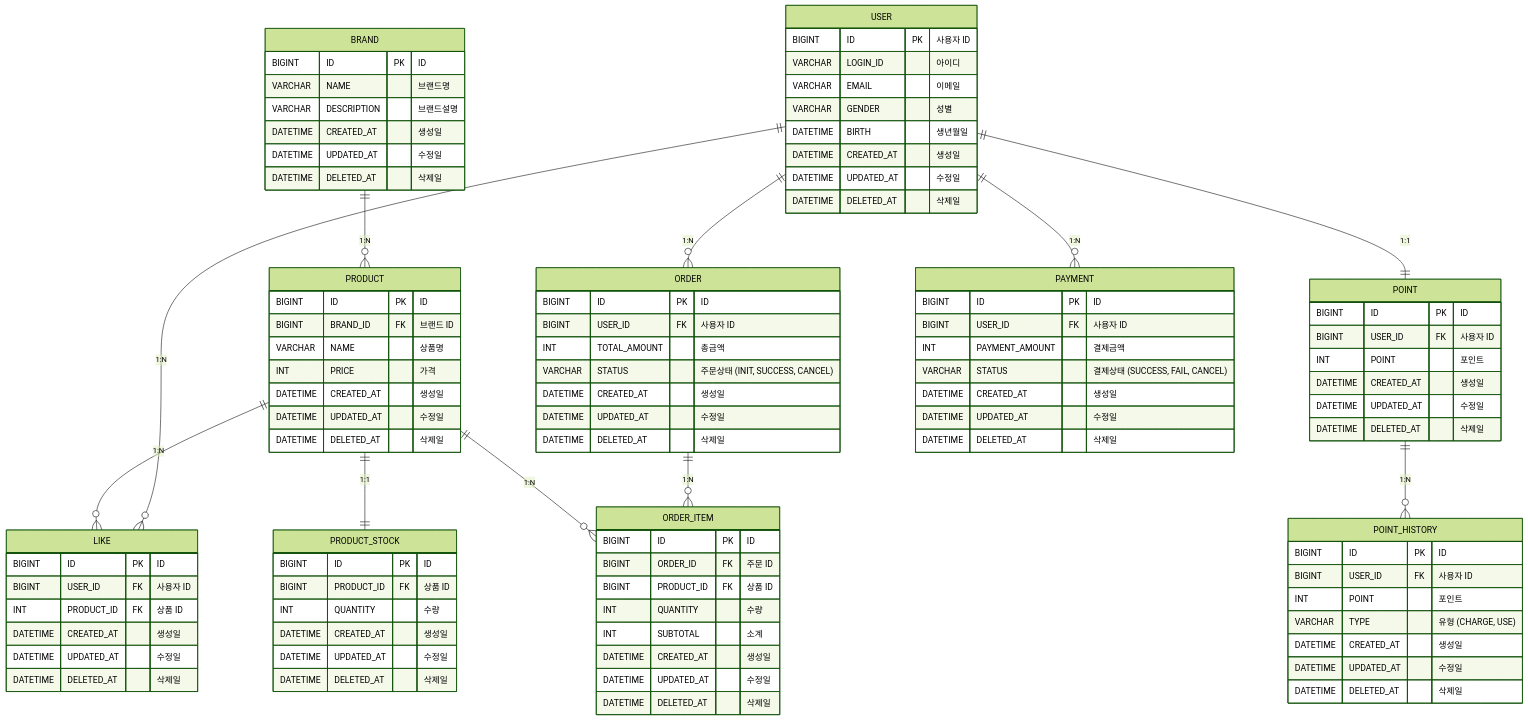
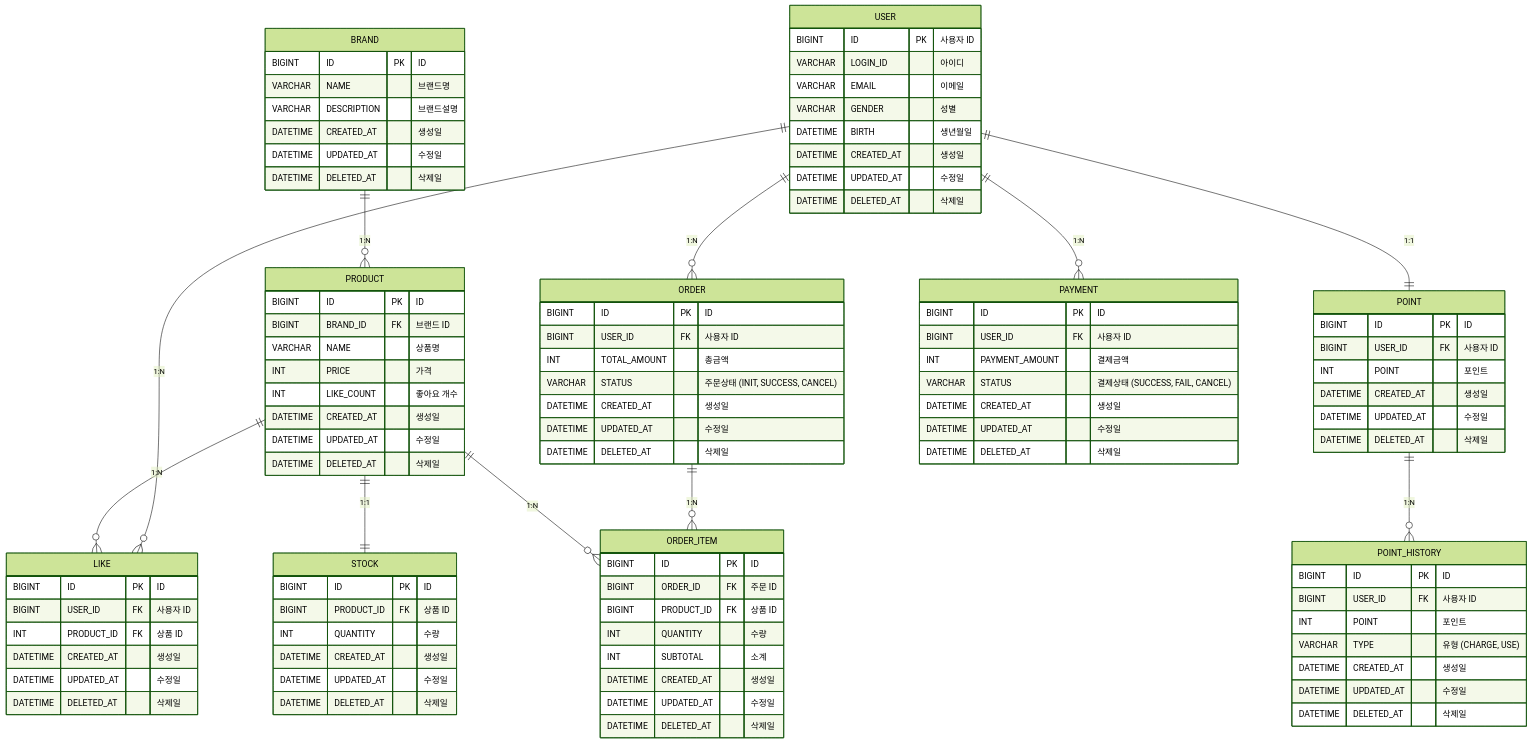
The diagram in docs/design/04-erd.md (hyunn12/e-commerce-project), drawn with Mermaid (forest theme) before and after one commit. The commit also changed other lines of this file and 3 other files, not shown here.

Commit message:
refactor: 재고 도메인명 변경 - ProductStock -> Stock

```diff
--- a/docs/design/04-erd.md
+++ b/docs/design/04-erd.md
@@ -68,12 +68,13 @@
         BIGINT BRAND_ID FK "브랜드 ID"  
         VARCHAR NAME "상품명"  
         INT PRICE "가격"
+        INT LIKE_COUNT "좋아요 개수"
         DATETIME CREATED_AT "생성일"  
         DATETIME UPDATED_AT "수정일"  
         DATETIME DELETED_AT "삭제일"  
     }
 
-    PRODUCT_STOCK {
+    STOCK {
         BIGINT ID PK "ID"
         BIGINT PRODUCT_ID FK "상품 ID"
         INT QUANTITY "수량"
@@ -114,7 +115,7 @@
     }  
     
     BRAND ||--o{ PRODUCT : "1:N"
-    PRODUCT ||--|| PRODUCT_STOCK : "1:1"
+    PRODUCT ||--|| STOCK : "1:1"
     USER ||--o{ ORDER : "1:N"
     PRODUCT ||--o{ ORDER_ITEM : "1:N"
     ORDER ||--o{ ORDER_ITEM : "1:N"
```
